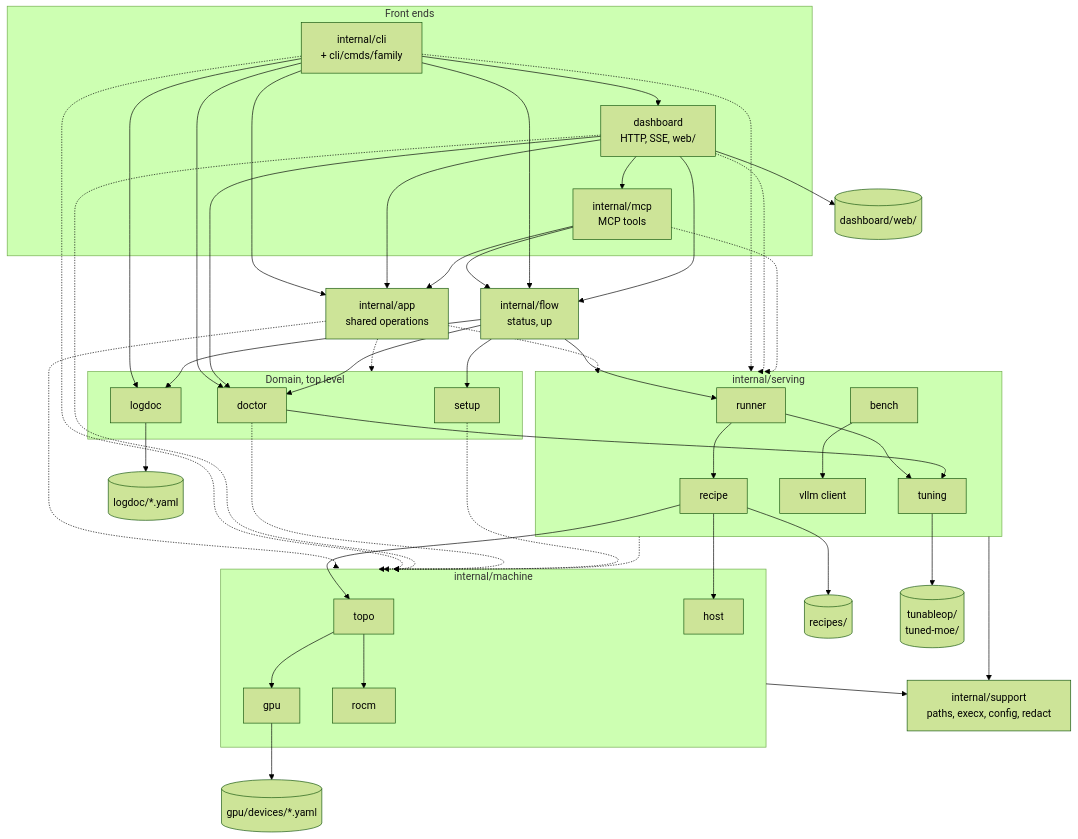
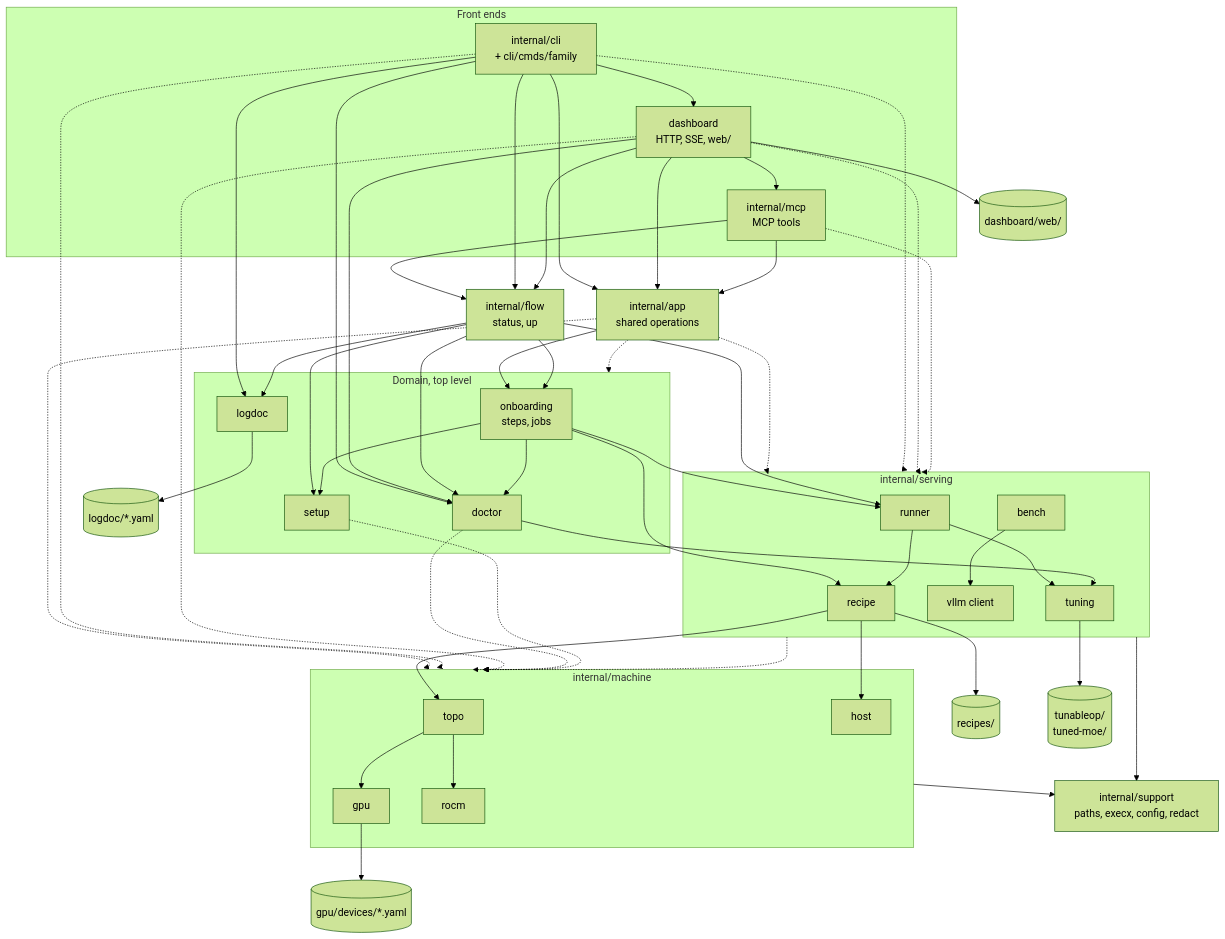
Before and after one commit to opengfx1030/bernie: the first of 7 diagrams in docs/architecture.md, drawn with Mermaid (forest theme). The commit also changed other lines of this file and 27 other files, not shown here.

````diff
--- a/docs/architecture.md
+++ b/docs/architecture.md
@@ -20,75 +20,82 @@
 ```mermaid
 flowchart TB
   subgraph front["Front ends"]
     CLI["internal/cli<br/>+ cli/cmds/family"]
     DASH["dashboard<br/>HTTP, SSE, web/"]
     MCP["internal/mcp<br/>MCP tools"]
   end
   APP["internal/app<br/>shared operations"]
   FLOW["internal/flow<br/>status, up"]
   subgraph top["Domain, top level"]
     DOC["doctor"]
     SET["setup"]
     LOG["logdoc"]
+    ONB["onboarding<br/>steps, jobs"]
   end
   subgraph serving["internal/serving"]
     RUN["runner"]
     REC["recipe"]
     TUN["tuning"]
     BEN["bench"]
     VLLM["vllm client"]
   end
   subgraph machine["internal/machine"]
     TOPO["topo"]
     GPU["gpu"]
     HOST["host"]
     ROCM["rocm"]
   end
   SUP["internal/support<br/>paths, execx, config, redact"]
   D1[("gpu/devices/*.yaml")]
   D2[("recipes/")]
   D3[("tunableop/<br/>tuned-moe/")]
   D4[("logdoc/*.yaml")]
   D5[("dashboard/web/")]
   CLI --> APP
   DASH --> APP
   MCP --> APP
+  APP --> ONB
+  FLOW --> ONB
   MCP --> FLOW
   DASH --> MCP
   APP -.-> top
   APP -.-> serving
   APP -.-> machine
   CLI --> FLOW
   CLI --> DASH
   CLI --> DOC
   DASH --> FLOW
   CLI --> LOG
   DASH --> DOC
   FLOW --> DOC
   FLOW --> SET
   FLOW --> RUN
   FLOW --> LOG
+  ONB --> DOC
+  ONB --> SET
+  ONB --> REC
+  ONB --> RUN
   RUN --> REC
   RUN --> TUN
   REC --> TOPO
   REC --> HOST
   DOC --> TUN
   TOPO --> GPU
   TOPO --> ROCM
   BEN --> VLLM
   CLI -.-> serving
   DASH -.-> serving
   MCP -.-> serving
   CLI -.-> machine
   DASH -.-> machine
   DOC -.-> machine
   SET -.-> machine
   serving -.-> machine
   machine --> SUP
   serving --> SUP
   GPU --> D1
   REC --> D2
   TUN --> D3
   LOG --> D4
   DASH --> D5
 ```
````
